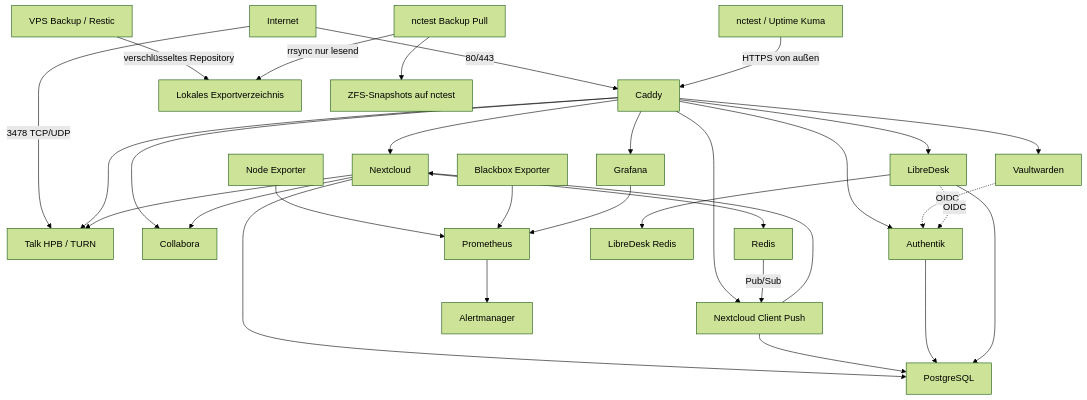
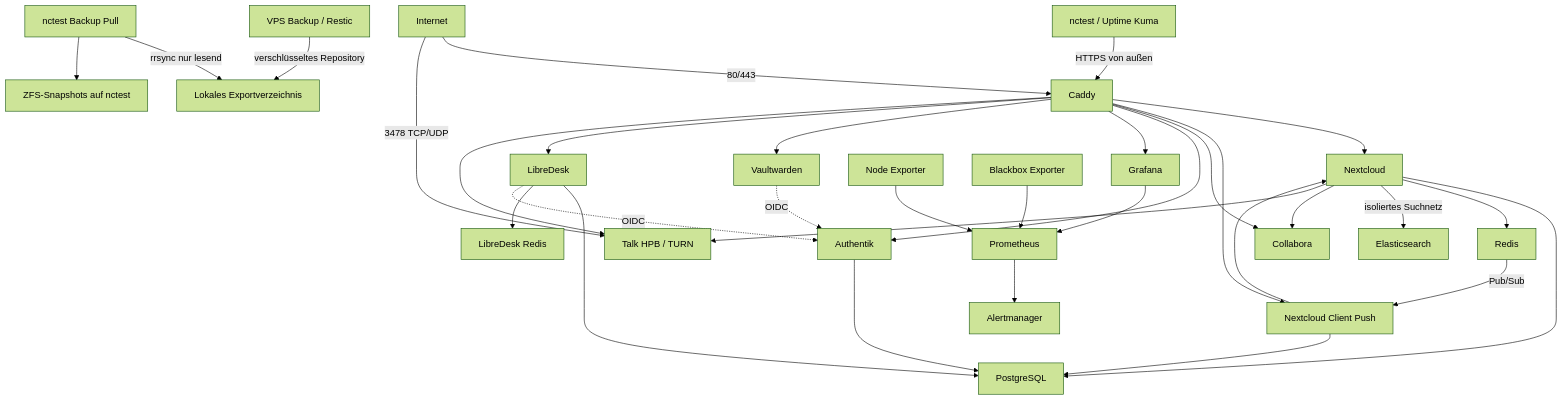
One commit to zircula-ev/infrastructure changed the diagram in docs/03-architecture.md. Above: the diagram before and after it, drawn with Mermaid (forest theme). The commit also changed other lines of this file and 15 other files, not shown here.

First line of the commit message:
feat(nextcloud): add full-text search with Elasticsearch

````diff
--- a/docs/03-architecture.md
+++ b/docs/03-architecture.md
@@ -5,37 +5,38 @@
 ```mermaid
 flowchart TD
     Internet -->|80/443| Caddy
     Internet -->|3478 TCP/UDP| TalkHPB[Talk HPB / TURN]
     nctest[nctest / Uptime Kuma] -->|HTTPS von außen| Caddy
 
     Caddy --> Nextcloud
     Caddy --> NotifyPush[Nextcloud Client Push]
     Caddy --> Collabora
     Caddy --> Authentik
     Caddy --> Grafana
     Caddy --> Vaultwarden
     Caddy --> LibreDesk
     Caddy --> TalkHPB
 
     Nextcloud --> PostgreSQL
     Nextcloud --> Redis
+    Nextcloud -->|isoliertes Suchnetz| Elasticsearch
     Redis -->|Pub/Sub| NotifyPush
     NotifyPush --> PostgreSQL
     NotifyPush --> Nextcloud
     Nextcloud --> Collabora
     Nextcloud --> TalkHPB
     Authentik --> PostgreSQL
     LibreDesk --> PostgreSQL
     LibreDesk --> LibreDeskRedis[LibreDesk Redis]
     Vaultwarden -.->|OIDC| Authentik
     LibreDesk -.->|OIDC| Authentik
 
     NodeExporter[Node Exporter] --> Prometheus
     BlackboxExporter[Blackbox Exporter] --> Prometheus
     Prometheus --> Alertmanager
     Grafana --> Prometheus
 
     VPSBackup[VPS Backup / Restic] -->|verschlüsseltes Repository| VPSExport[Lokales Exportverzeichnis]
     nctestBackup[nctest Backup Pull] -->|rrsync nur lesend| VPSExport
     nctestBackup --> ZFSSnapshots[ZFS-Snapshots auf nctest]
 ```
````
